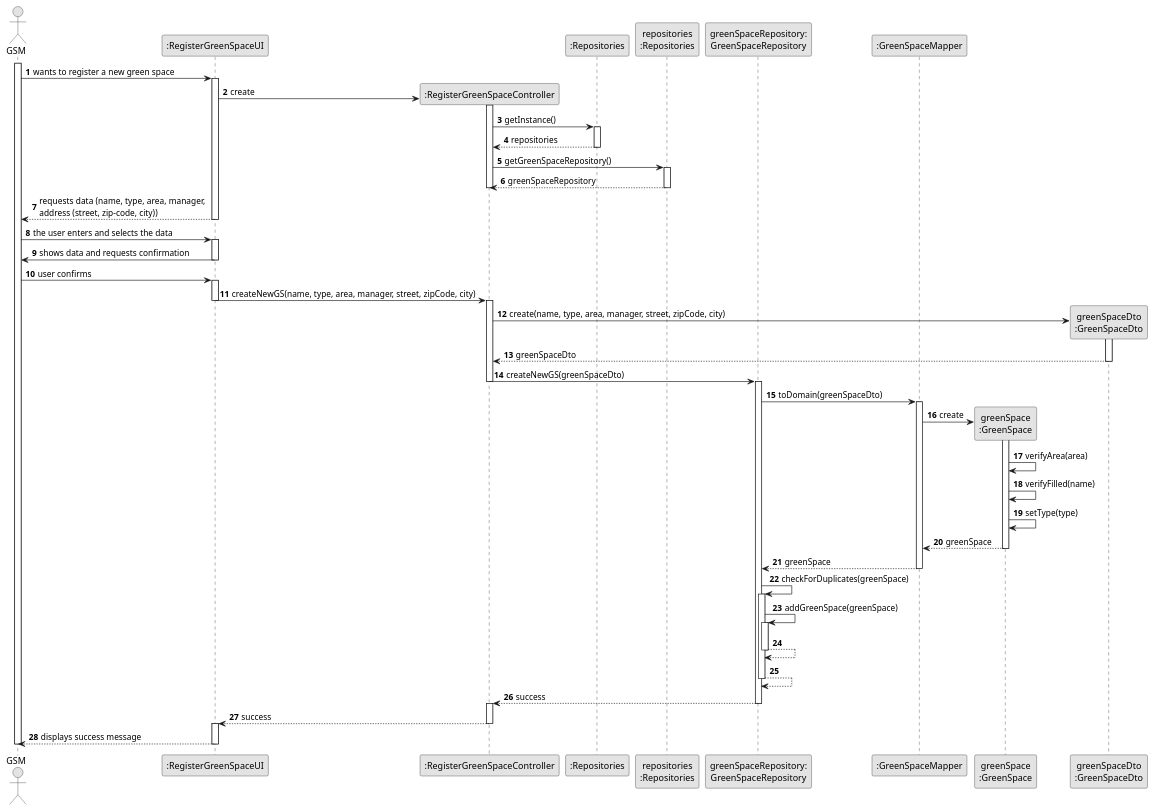
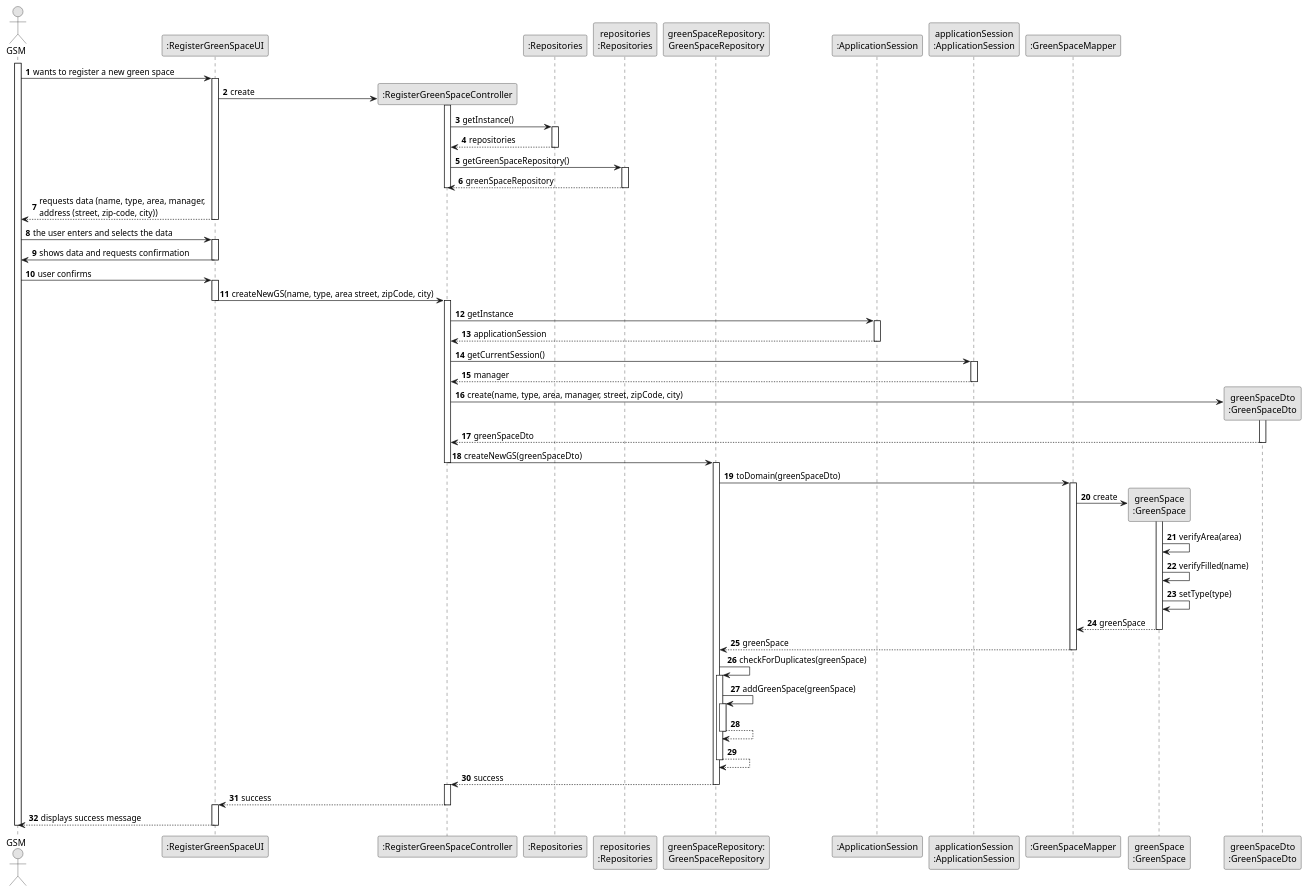
Before and after one commit to ricardomm7/leaflink: the diagram in docs/sprintC/us020/03.design/puml/us020-sequence-diagram-full.puml, drawn with PlantUML. The commit also changed 9 other files, not shown here.

```diff
--- a/docs/sprintC/us020/03.design/puml/us020-sequence-diagram-full.puml
+++ b/docs/sprintC/us020/03.design/puml/us020-sequence-diagram-full.puml
@@ -2,88 +2,99 @@
 @startuml
 skinparam monochrome true
 skinparam packageStyle rectangle
 skinparam shadowing false
 
 'title System Sequence Diagram (SSD) - US020
 
 autonumber
 
 actor "GSM" as GSM
 participant ":RegisterGreenSpaceUI" as UI
 participant ":RegisterGreenSpaceController" as CTRL
 participant ":Repositories" as RepositorySingleton
 participant "repositories\n:Repositories" as PLAT
 participant "greenSpaceRepository:\nGreenSpaceRepository" as gsrepo
+participant ":ApplicationSession" as ApplicationSession
+participant "applicationSession\n:ApplicationSession" as applicationSession1
 participant ":GreenSpaceMapper" as GSMP
 participant "greenSpace\n:GreenSpace" as GS
 participant "greenSpaceDto\n:GreenSpaceDto" as DTO
 
 activate GSM
 
     GSM -> UI : wants to register a new green space
     activate UI
 
         UI -> CTRL** : create
 activate CTRL
 CTRL -> RepositorySingleton : getInstance()
 activate RepositorySingleton
 RepositorySingleton --> CTRL : repositories
 deactivate RepositorySingleton
 CTRL -> PLAT : getGreenSpaceRepository()
 activate PLAT
 PLAT -->  CTRL: greenSpaceRepository
 deactivate PLAT
 deactivate CTRL
         UI --> GSM : requests data (name, type, area, manager, \naddress (street, zip-code, city))
         deactivate UI
 GSM -> UI : the user enters and selects the data
 activate UI
 UI-> GSM : shows data and requests confirmation
 deactivate UI
 GSM -> UI: user confirms
 activate UI
 
-UI -> CTRL : createNewGS(name, type, area, manager, street, zipCode, city)
+UI -> CTRL : createNewGS(name, type, area street, zipCode, city)
 deactivate UI
 activate CTRL
+CTRL -> ApplicationSession : getInstance
+activate ApplicationSession
+ApplicationSession --> CTRL : applicationSession
+deactivate ApplicationSession
+CTRL -> applicationSession1 : getCurrentSession()
+activate applicationSession1
+applicationSession1 --> CTRL : manager
+deactivate applicationSession1
+
 CTRL->DTO** : create(name, type, area, manager, street, zipCode, city)
 activate DTO
 DTO --> CTRL : greenSpaceDto
 deactivate DTO
 CTRL -> gsrepo : createNewGS(greenSpaceDto)
 deactivate CTRL
 activate gsrepo
 gsrepo -> GSMP : toDomain(greenSpaceDto)
 activate GSMP
 
 GSMP -> GS** : create
 
 activate GS
 GS->GS : verifyArea(area)
 GS->GS : verifyFilled(name)
 GS->GS : setType(type)
 
 
 GS --> GSMP : greenSpace
 deactivate GS
 GSMP --> gsrepo : greenSpace
 deactivate GSMP
 gsrepo -> gsrepo : checkForDuplicates(greenSpace)
 activate gsrepo
 gsrepo -> gsrepo : addGreenSpace(greenSpace)
 activate gsrepo
 gsrepo-->gsrepo
 deactivate gsrepo
 gsrepo-->gsrepo
 deactivate gsrepo
 gsrepo --> CTRL : success
 deactivate gsrepo
 activate CTRL
 CTRL --> UI : success
 deactivate CTRL
 activate UI
 UI-->GSM:displays success message
 deactivate UI
 deactivate GSM
 
 @enduml
```
